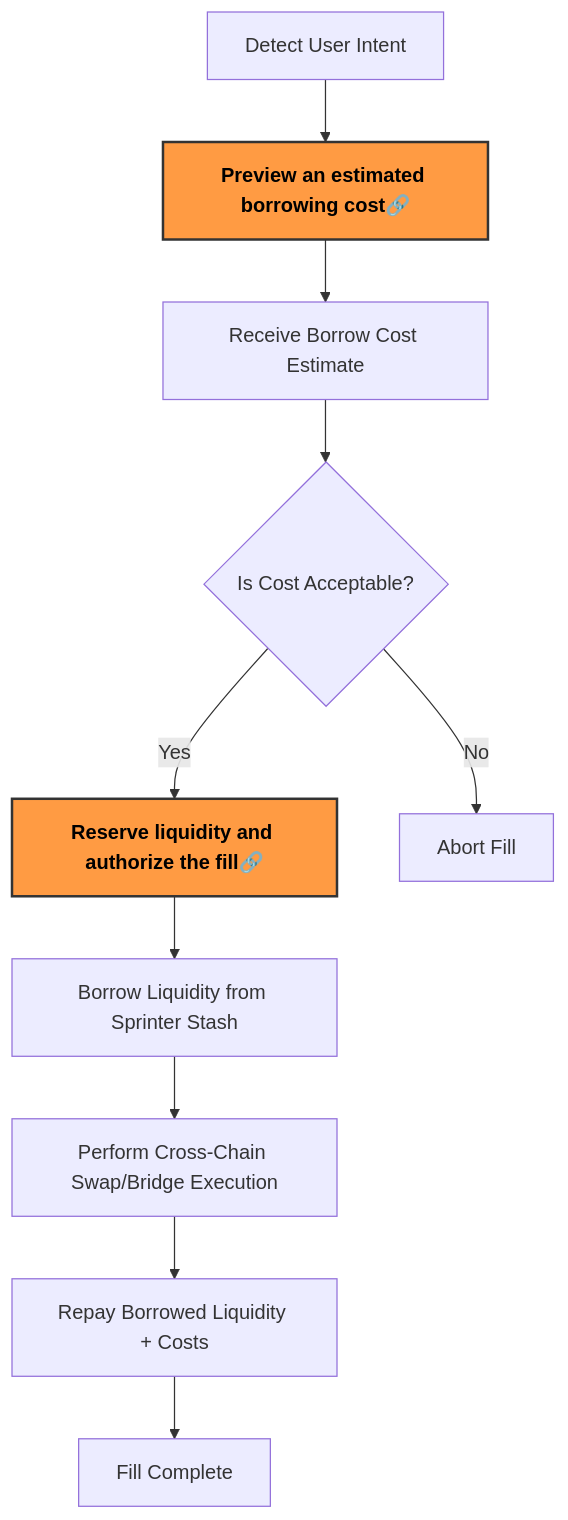
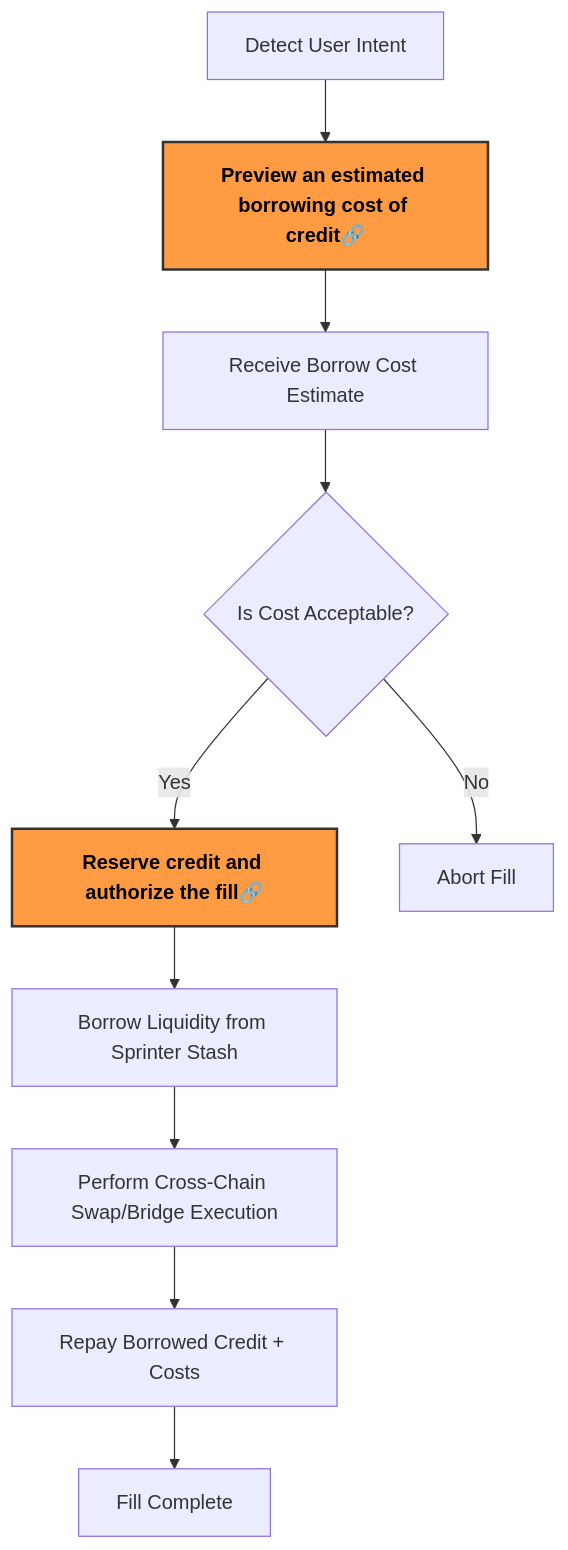
One commit to sprintertech/sprinter-sdk changed the diagram in docs/docs/02-Stash/index.md. Above: the diagram before and after it, drawn with Mermaid. The commit also changed other lines of this file and 11 other files, not shown here.

````diff
--- a/docs/docs/02-Stash/index.md
+++ b/docs/docs/02-Stash/index.md
@@ -24,19 +24,19 @@
 ```mermaid
 flowchart TD
-  A[Detect User Intent] --> B[Preview an estimated borrowing cost🔗]
+  A[Detect User Intent] --> B[Preview an estimated borrowing cost of credit🔗]
   B --> C[Receive Borrow Cost Estimate]
   C --> D{Is Cost Acceptable?}
-  D -- Yes --> E[Reserve liquidity and authorize the fill🔗]
+  D -- Yes --> E[Reserve credit and authorize the fill🔗]
   D -- No --> F[Abort Fill]
   E --> G[Borrow Liquidity from Sprinter Stash]
   G --> H[Perform Cross-Chain Swap/Bridge Execution]
-  H --> I[Repay Borrowed Liquidity + Costs]
+  H --> I[Repay Borrowed Credit + Costs]
   I --> J[Fill Complete]
 
 click B "borrow-cost-api" "Borrow Cost"
 style B fill:#FF9B43,stroke:#333,stroke-width:2px,color:#000,font-weight:bold
 
 click E "borrow-quote-api" "Borrow Quote"
 style E fill:#FF9B43,stroke:#333,stroke-width:2px,color:#000,font-weight:bold
 
 ```
````
